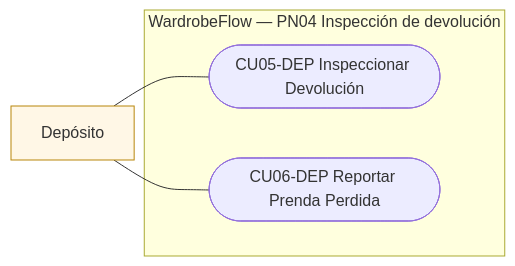
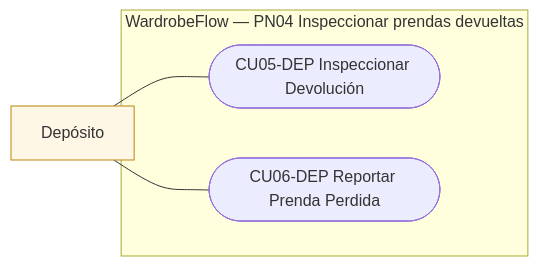
The diagram in docs/diagramas/mermaid/CU_pn04_devolucion.mmd (valentinamorana/Trabajo-de-Diploma), drawn with Mermaid before and after one commit. The commit also changed 82 other files, not shown here.

```diff
--- a/docs/diagramas/mermaid/CU_pn04_devolucion.mmd
+++ b/docs/diagramas/mermaid/CU_pn04_devolucion.mmd
@@ -1,9 +1,9 @@
 flowchart LR
   D["Depósito"]:::actor
-  subgraph SIS["WardrobeFlow — PN04 Inspección de devolución"]
+  subgraph SIS["WardrobeFlow — PN04 Inspeccionar prendas devueltas"]
     c1(["CU05-DEP Inspeccionar Devolución"])
     c2(["CU06-DEP Reportar Prenda Perdida"])
   end
   D --- c1
   D --- c2
   classDef actor fill:#fff7e6,stroke:#b8860b
```
